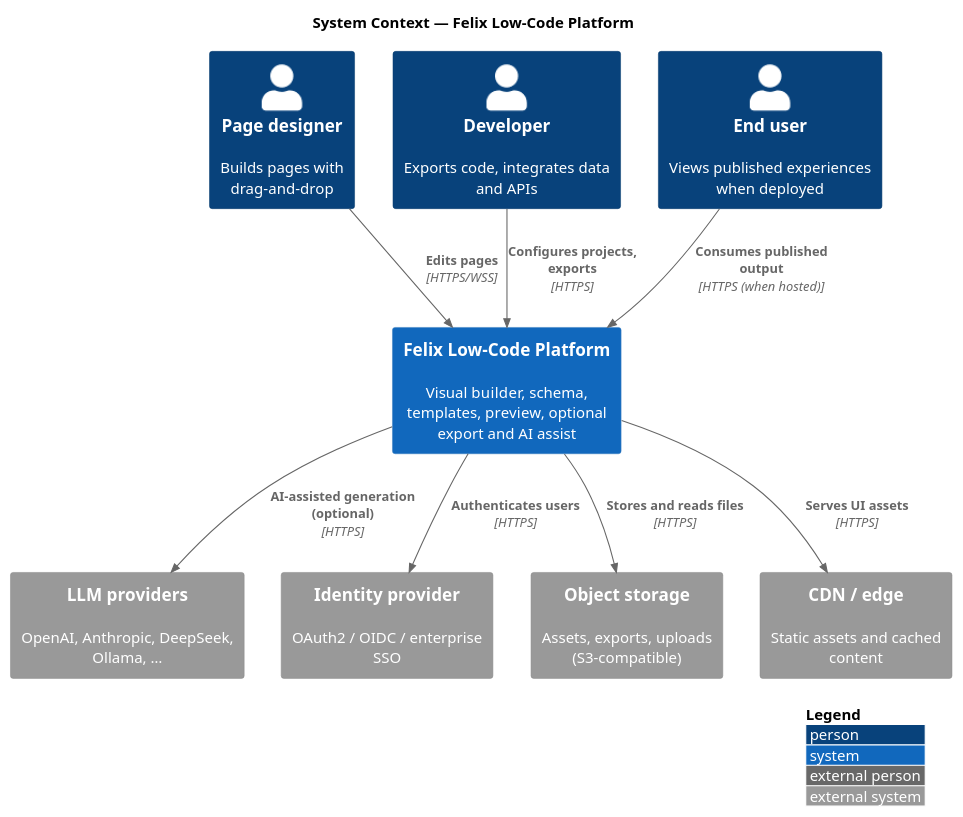
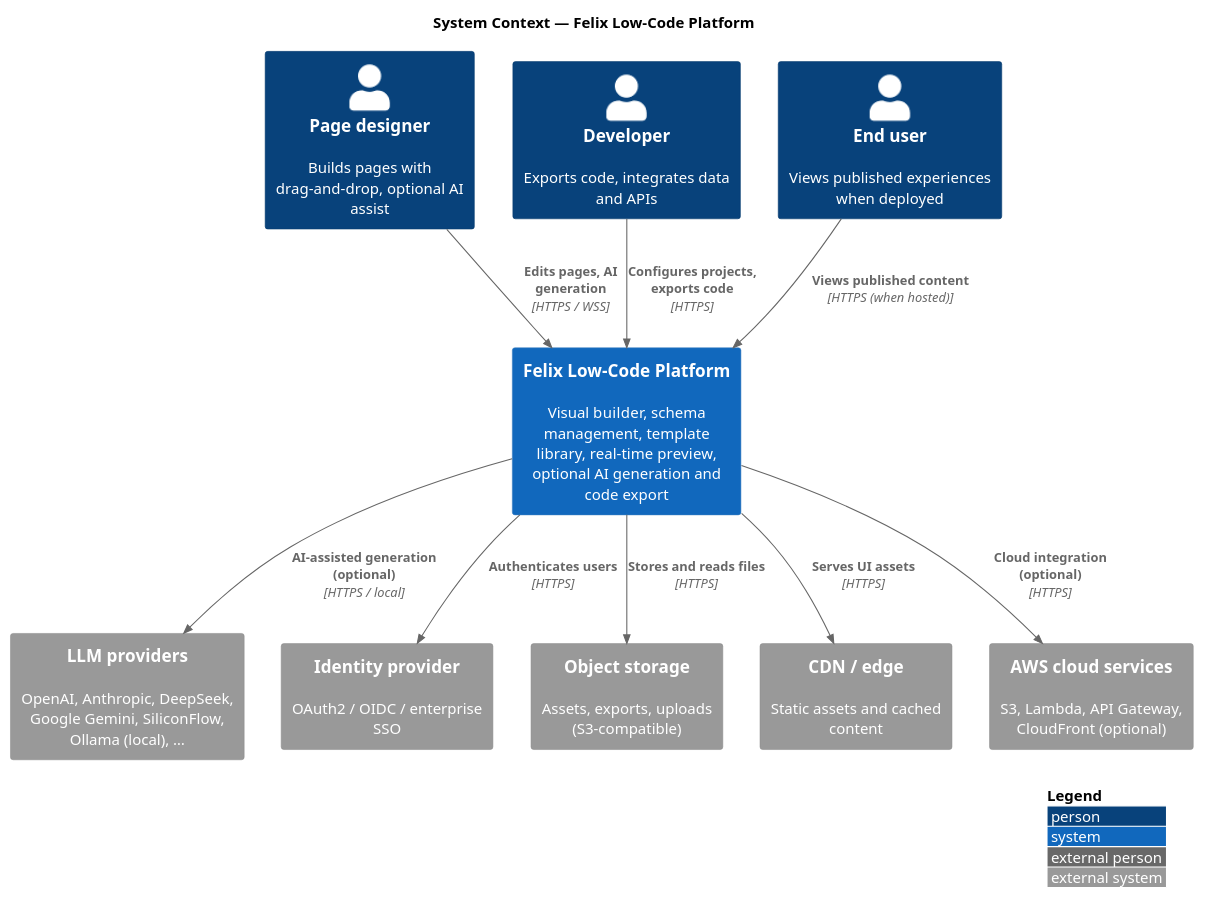
The diagram in docs/en/architecture/c4/c4-context.puml (felixzhu97/low-code-platform), drawn with PlantUML before and after one commit. The commit also changed 41 other files, not shown here.

```diff
--- a/docs/en/architecture/c4/c4-context.puml
+++ b/docs/en/architecture/c4/c4-context.puml
@@ -1,27 +1,29 @@
 @startuml c4-context-felix-low-code
 !include https://raw.githubusercontent.com/plantuml-stdlib/C4-PlantUML/master/C4_Context.puml
 
 LAYOUT_WITH_LEGEND()
 
 title System Context — Felix Low-Code Platform
 
-Person(designer, "Page designer", "Builds pages with drag-and-drop")
+Person(designer, "Page designer", "Builds pages with drag-and-drop, optional AI assist")
 Person(developer, "Developer", "Exports code, integrates data and APIs")
 Person(viewer, "End user", "Views published experiences when deployed")
 
-System(felix, "Felix Low-Code Platform", "Visual builder, schema, templates, preview, optional export and AI assist")
+System(felix, "Felix Low-Code Platform", "Visual builder, schema management, template library, real-time preview, optional AI generation and code export")
 
-System_Ext(llm, "LLM providers", "OpenAI, Anthropic, DeepSeek, Ollama, …")
+System_Ext(llm, "LLM providers", "OpenAI, Anthropic, DeepSeek, Google Gemini, SiliconFlow, Ollama (local), …")
 System_Ext(auth, "Identity provider", "OAuth2 / OIDC / enterprise SSO")
 System_Ext(storage, "Object storage", "Assets, exports, uploads (S3-compatible)")
 System_Ext(cdn, "CDN / edge", "Static assets and cached content")
+System_Ext(aws, "AWS cloud services", "S3, Lambda, API Gateway, CloudFront (optional)")
 
-Rel(designer, felix, "Edits pages", "HTTPS/WSS")
-Rel(developer, felix, "Configures projects, exports", "HTTPS")
-Rel(viewer, felix, "Consumes published output", "HTTPS (when hosted)")
-Rel(felix, llm, "AI-assisted generation (optional)", "HTTPS")
+Rel(designer, felix, "Edits pages, AI generation", "HTTPS / WSS")
+Rel(developer, felix, "Configures projects, exports code", "HTTPS")
+Rel(viewer, felix, "Views published content", "HTTPS (when hosted)")
+Rel(felix, llm, "AI-assisted generation (optional)", "HTTPS / local")
 Rel(felix, auth, "Authenticates users", "HTTPS")
 Rel(felix, storage, "Stores and reads files", "HTTPS")
 Rel(felix, cdn, "Serves UI assets", "HTTPS")
+Rel(felix, aws, "Cloud integration (optional)", "HTTPS")
 
 @enduml
```
